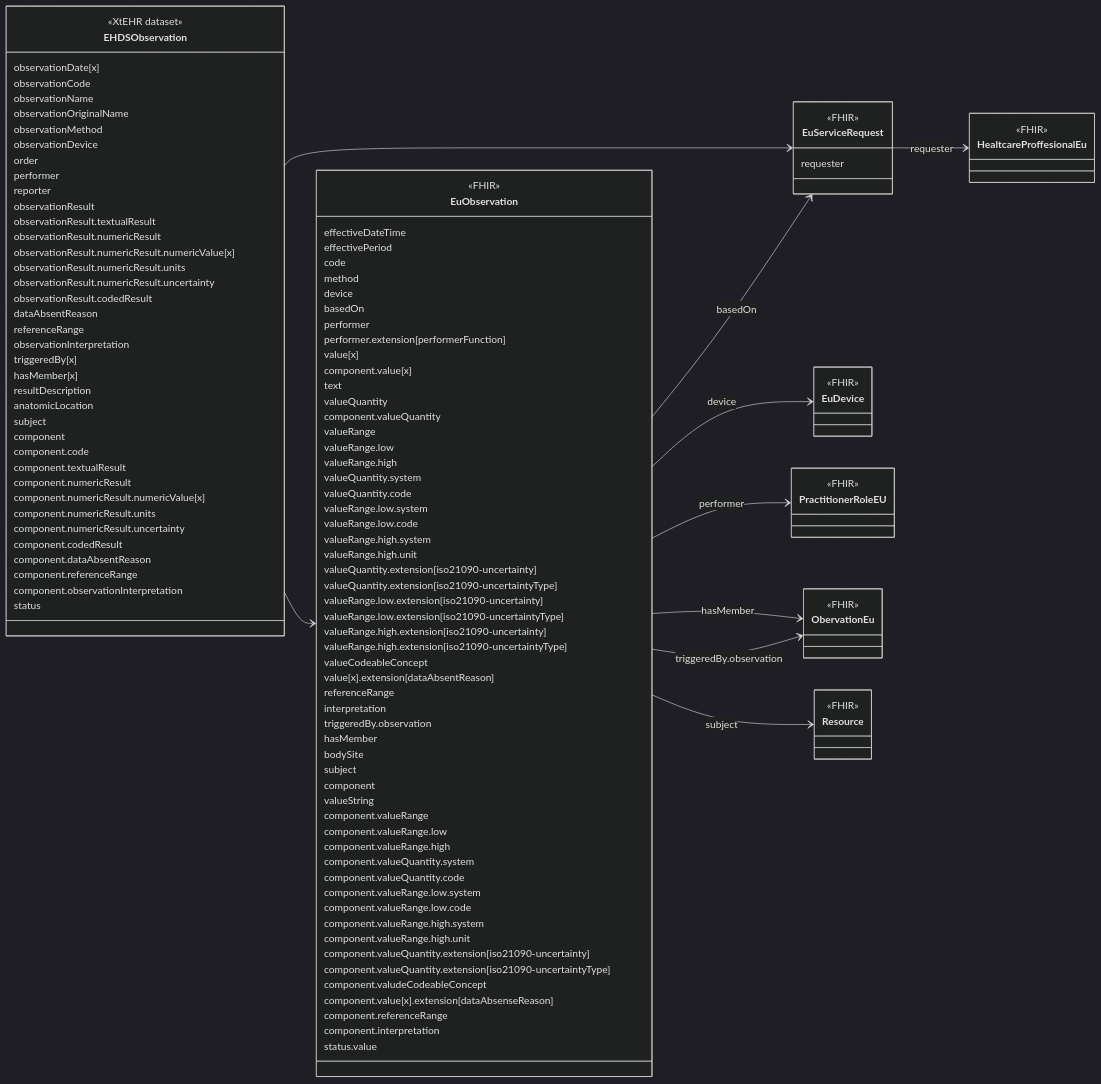
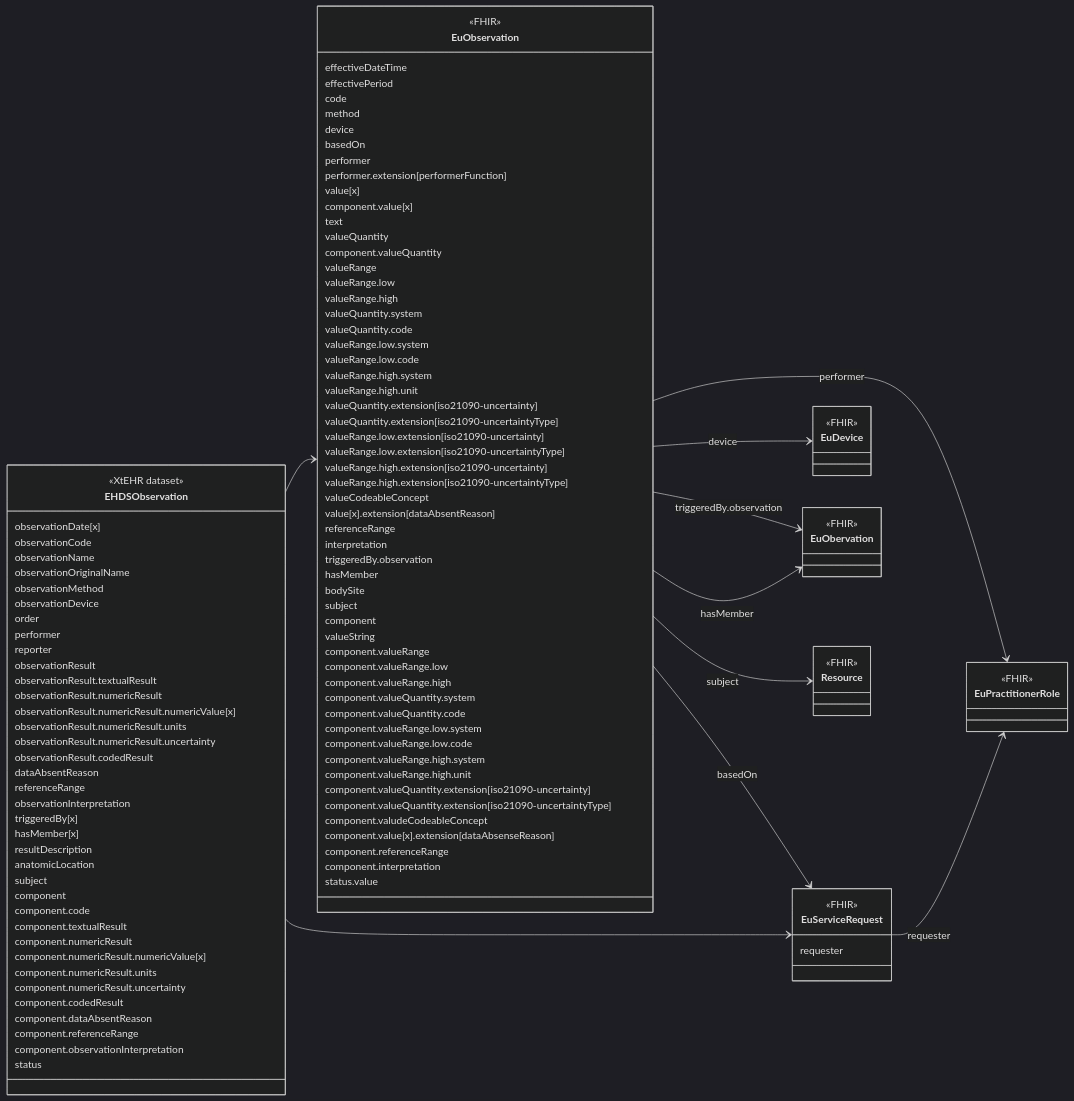
Before and after one commit to oijauregui/ehdsimaging: the diagram in input/intro-notes/ConceptMap-EHDSObservationMap-intro.md, drawn with Mermaid (dark theme). The commit also changed 25 other files, not shown here.

````diff
--- a/input/intro-notes/ConceptMap-EHDSObservationMap-intro.md
+++ b/input/intro-notes/ConceptMap-EHDSObservationMap-intro.md
@@ -114,25 +114,22 @@
 class EuServiceRequest {
   <<FHIR>>
 }
-class PractitionerRoleEU {
+class EuPractitionerRole {
   <<FHIR>>
 }
-class ObervationEu {
+class EuObervation {
   <<FHIR>>
 }
 class Resource {
   <<FHIR>>
 }
-class HealtcareProffesionalEu {
-  <<FHIR>>
-}
 EHDSObservation --> EuObservation
 EuObservation --> EuDevice : device
 EuObservation --> EuServiceRequest : basedOn
-EuObservation --> PractitionerRoleEU : performer
-EuObservation --> ObervationEu : triggeredBy.observation
-EuObservation --> ObervationEu : hasMember
+EuObservation --> EuPractitionerRole : performer
+EuObservation --> EuObervation : triggeredBy.observation
+EuObservation --> EuObervation : hasMember
 EuObservation --> Resource : subject
 EHDSObservation --> EuServiceRequest
-EuServiceRequest --> HealtcareProffesionalEu : requester
+EuServiceRequest --> EuPractitionerRole : requester
 ```
````
